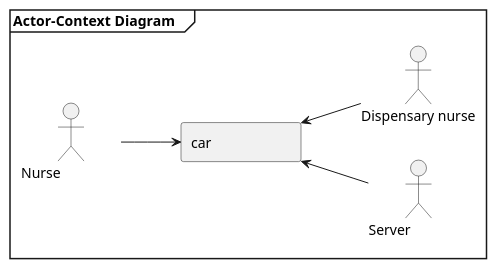
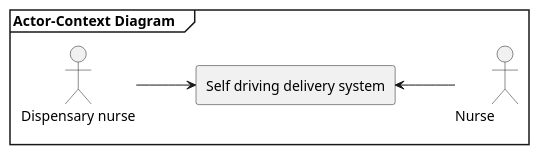
Before and after one commit to lineklemensen/PRJ3: the diagram in docs/diagrams/Plantuml/requirements/actDiagram.puml, drawn with PlantUML. The commit also changed 2 other files, not shown here.

Commit message:
added actor context diagram

```diff
--- a/docs/diagrams/Plantuml/requirements/actDiagram.puml
+++ b/docs/diagrams/Plantuml/requirements/actDiagram.puml
@@ -1,15 +1,14 @@
 @startuml Actor-Context-Diagram
 mainframe **Actor-Context Diagram\t**
 skinparam MinClassWidth 100
 
 left to right direction
-actor "Nurse" as fc
-actor "Dispensary nurse" as fc2
-actor "Server" as fc3
+actor "Nurse" as n
+actor "Dispensary nurse" as dn
 
-rectangle car
 
-fc --> car
-car <-- fc2
-car <-- fc3
+rectangle "Self driving delivery system" as car
+
+dn --> car
+car <-- n
 @enduml
```
